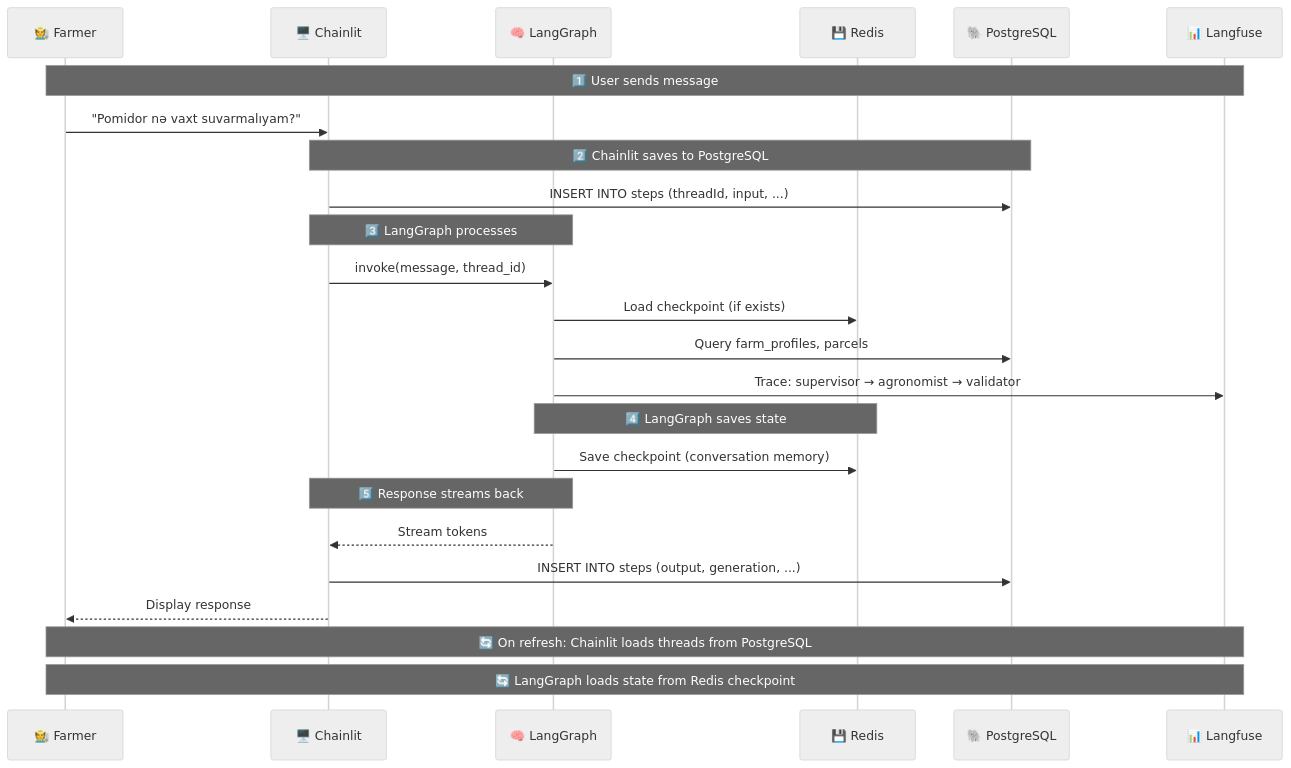
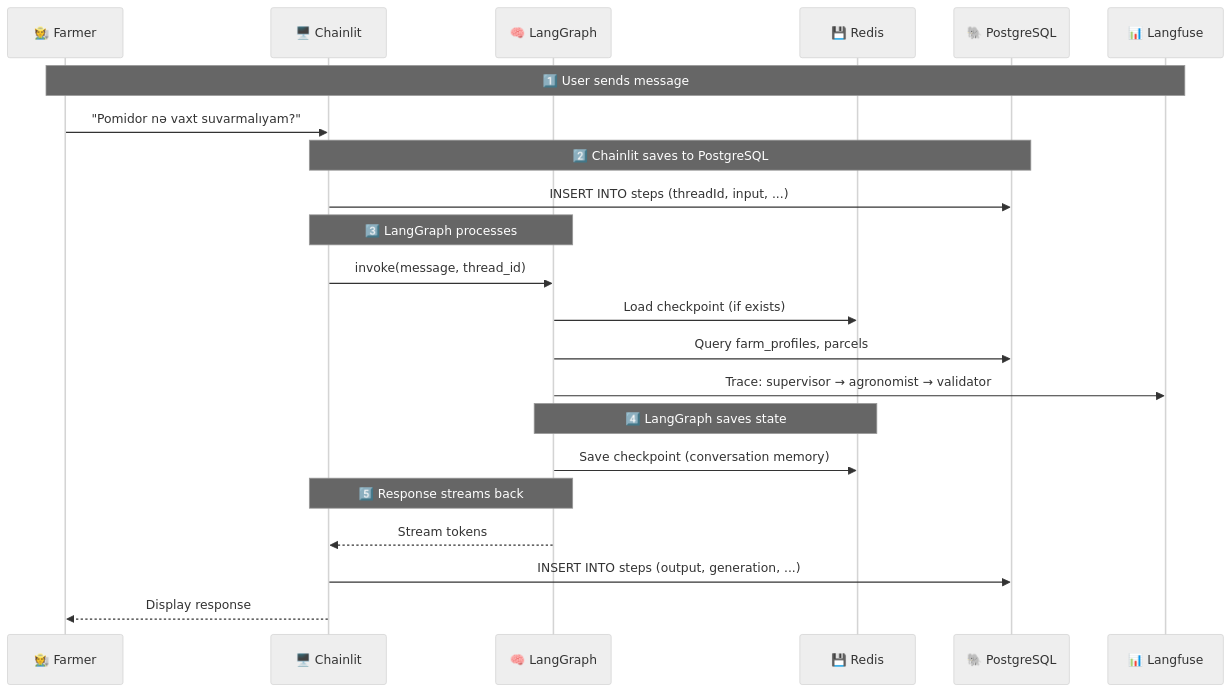
One commit to Px8Studio/yonja changed the third of 3 diagrams in docs/zekalab/03-ARCHITECTURE.md. Above: the diagram before and after it, drawn with Mermaid. The commit also changed other lines of this file and 21 other files, not shown here.

Commit message:
Refactor documentation: Remove outdated welcome UI analysis and update README for ALEM project overview and architecture details

````diff
--- a/docs/zekalab/03-ARCHITECTURE.md
+++ b/docs/zekalab/03-ARCHITECTURE.md
@@ -105,33 +94,30 @@
 ```mermaid
 %%{init: {'theme': 'neutral'}}%%
 sequenceDiagram
     participant F as 🧑‍🌾 Farmer
     participant C as 🖥️ Chainlit
     participant G as 🧠 LangGraph
     participant R as 💾 Redis
     participant P as 🐘 PostgreSQL
     participant L as 📊 Langfuse
 
     Note over F,L: 1️⃣ User sends message
     F->>C: "Pomidor nə vaxt suvarmalıyam?"
     
     Note over C,P: 2️⃣ Chainlit saves to PostgreSQL
     C->>P: INSERT INTO steps (threadId, input, ...)
     
     Note over C,G: 3️⃣ LangGraph processes
     C->>G: invoke(message, thread_id)
     G->>R: Load checkpoint (if exists)
     G->>P: Query farm_profiles, parcels
     G->>L: Trace: supervisor → agronomist → validator
     
     Note over G,R: 4️⃣ LangGraph saves state
     G->>R: Save checkpoint (conversation memory)
     
     Note over G,C: 5️⃣ Response streams back
     G-->>C: Stream tokens
     C->>P: INSERT INTO steps (output, generation, ...)
     C-->>F: Display response
-
-    Note over F,L: 🔄 On refresh: Chainlit loads threads from PostgreSQL
-    Note over F,L: 🔄 LangGraph loads state from Redis checkpoint
 ```
````
